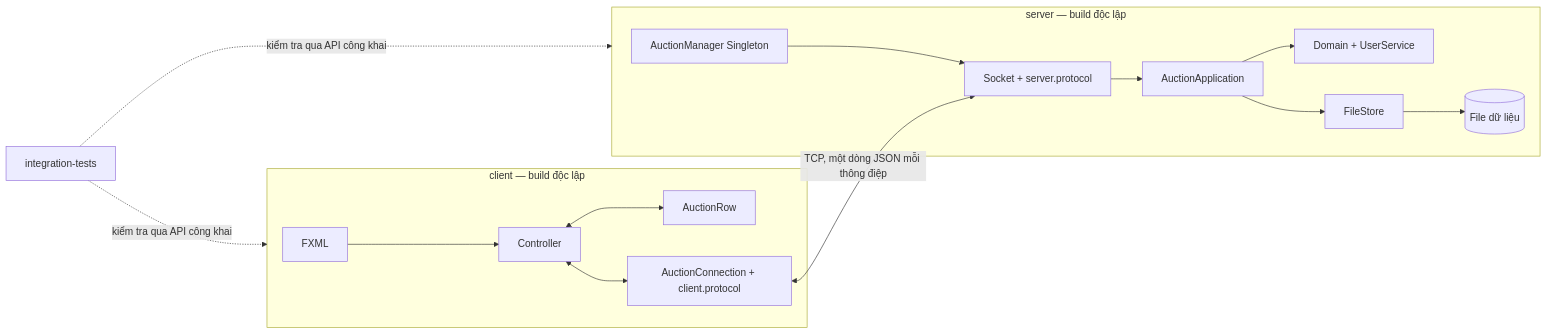
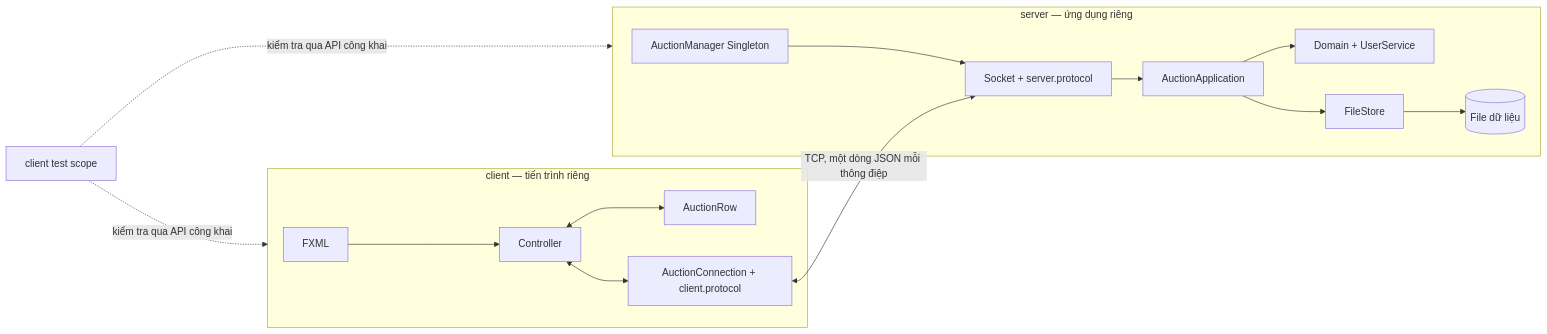
One commit to lphucxyz-alt/auction-system changed the first of 2 diagrams in docs/architecture.md. Above: the diagram before and after it, drawn with Mermaid. The commit also changed other lines of this file and 44 other files, not shown here.

````diff
--- a/docs/architecture.md
+++ b/docs/architecture.md
@@ -5,18 +5,18 @@
 ```mermaid
 flowchart LR
-  subgraph Client[client — build độc lập]
+  subgraph Client[client — tiến trình riêng]
     V[FXML] --> C[Controller]
     C <--> M[AuctionRow]
     C <--> N[AuctionConnection + client.protocol]
   end
-  subgraph Server[server — build độc lập]
+  subgraph Server[server — ứng dụng riêng]
     G[AuctionManager Singleton] --> S[Socket + server.protocol]
     S --> A[AuctionApplication]
     A --> D[Domain + UserService]
     A --> DAO[FileStore]
     DAO --> F[(File dữ liệu)]
   end
   N <-->|TCP, một dòng JSON mỗi thông điệp| S
-  T[integration-tests] -.kiểm tra qua API công khai.-> Client
+  T[client test scope] -.kiểm tra qua API công khai.-> Client
   T -.kiểm tra qua API công khai.-> Server
 ```
````
